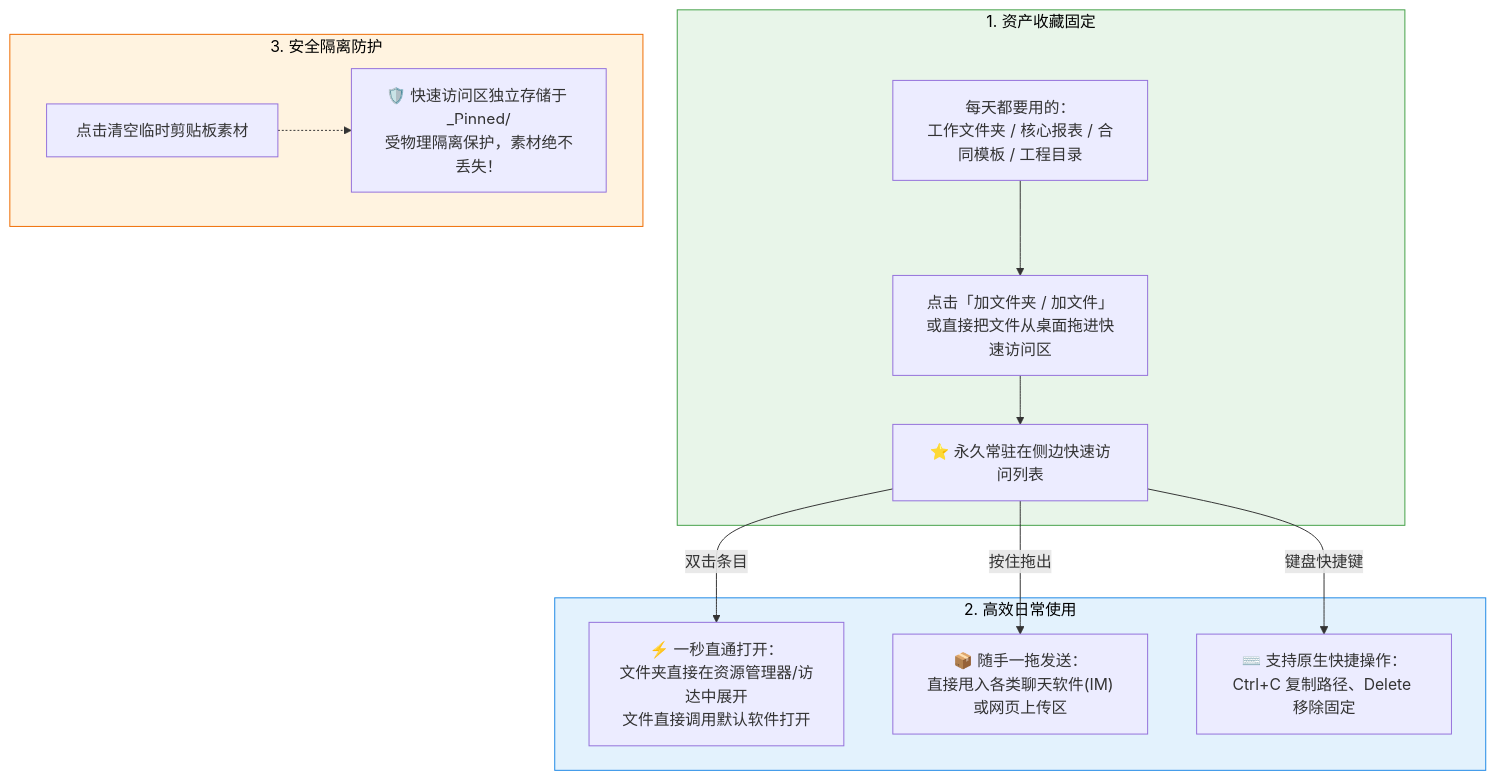
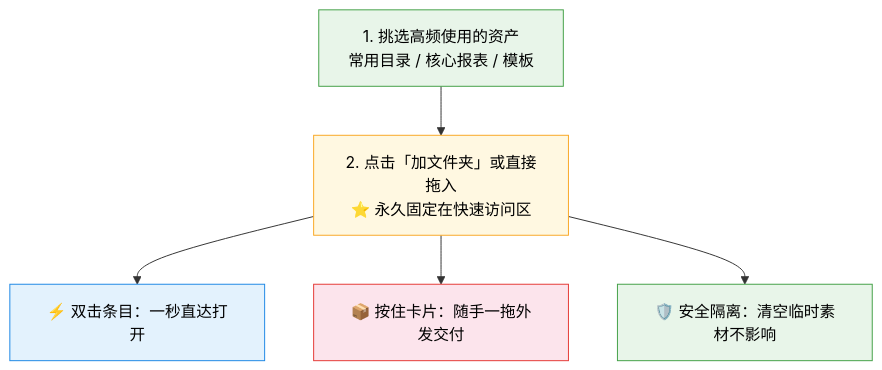
One commit to CatBoss-Paw/EasyClipboard changed the third of 7 diagrams in README.md. Above: the diagram before and after it, drawn with Mermaid. The commit also changed other lines of this file, not shown here.

Commit message:
fix(docs): 全面重构所有Mermaid图为紧凑纵向流，短行规整换行，彻底根除横向挤压与文字截断

````diff
--- a/README.md
+++ b/README.md
@@ -145,21 +100,13 @@
 ```mermaid
 graph TD
-    subgraph PIN_IN ["1. 资产收藏固定"]
-        SRC["每天都要用的：<br/>工作文件夹 / 核心报表 / 合同模板 / 工程目录"] --> ADD_ACT["点击「加文件夹 / 加文件」<br/>或直接把文件从桌面拖进快速访问区"]
-        ADD_ACT --> PIN_LIST["⭐ 永久常驻在侧边快速访问列表"]
-    end
+    A["1. 挑选高频使用的资产<br/>常用目录 / 核心报表 / 模板"] --> B["2. 点击「加文件夹」或直接拖入<br/>⭐ 永久固定在快速访问区"]
+    B --> C1["⚡ 双击条目：一秒直达打开"]
+    B --> C2["📦 按住卡片：随手一拖外发交付"]
+    B --> C3["🛡️ 安全隔离：清空临时素材不影响"]
 
-    subgraph PIN_USE ["2. 高效日常使用"]
-        PIN_LIST -->|双击条目| OP1["⚡ 一秒直通打开：<br/>文件夹直接在资源管理器/访达中展开<br/>文件直接调用默认软件打开"]
-        PIN_LIST -->|按住拖出| OP2["📦 随手一拖发送：<br/>直接甩入各类聊天软件(IM)或网页上传区"]
-        PIN_LIST -->|键盘快捷键| OP3["⌨️ 支持原生快捷操作：<br/>Ctrl+C 复制路径、Delete 移除固定"]
-    end
-
-    subgraph PIN_SAFE ["3. 安全隔离防护"]
-        CLEAN["点击清空临时剪贴板素材"] -.-> SHIELD["🛡️ 快速访问区独立存储于 _Pinned/<br/>受物理隔离保护，素材绝不丢失！"]
-    end
-
-    style PIN_IN fill:#e8f5e9,stroke:#43a047,color:#000
-    style PIN_USE fill:#e3f2fd,stroke:#1e88e5,color:#000
-    style PIN_SAFE fill:#fff3e0,stroke:#ef6c00,color:#000
+    style A fill:#e8f5e9,stroke:#43a047,color:#000
+    style B fill:#fff8e1,stroke:#f9a825,color:#000
+    style C1 fill:#e3f2fd,stroke:#1e88e5,color:#000
+    style C2 fill:#fce4ec,stroke:#e53935,color:#000
+    style C3 fill:#e8f5e9,stroke:#43a047,color:#000
 ```
````
